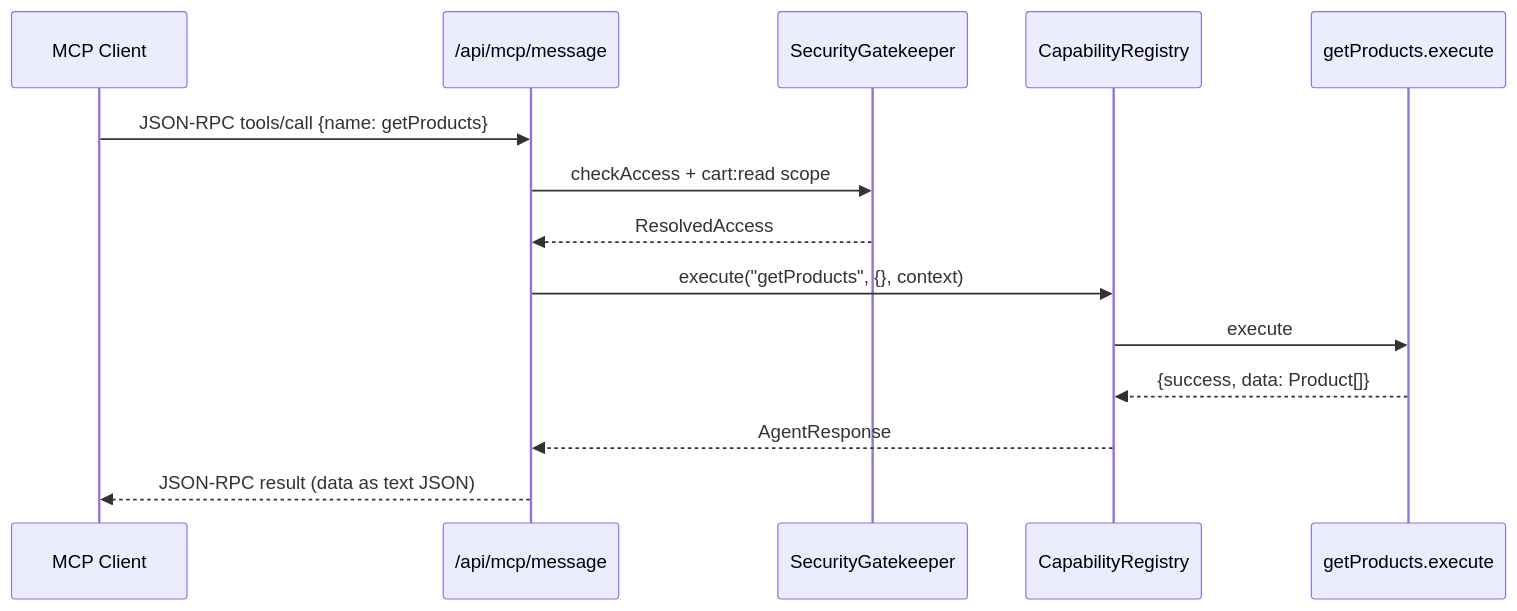
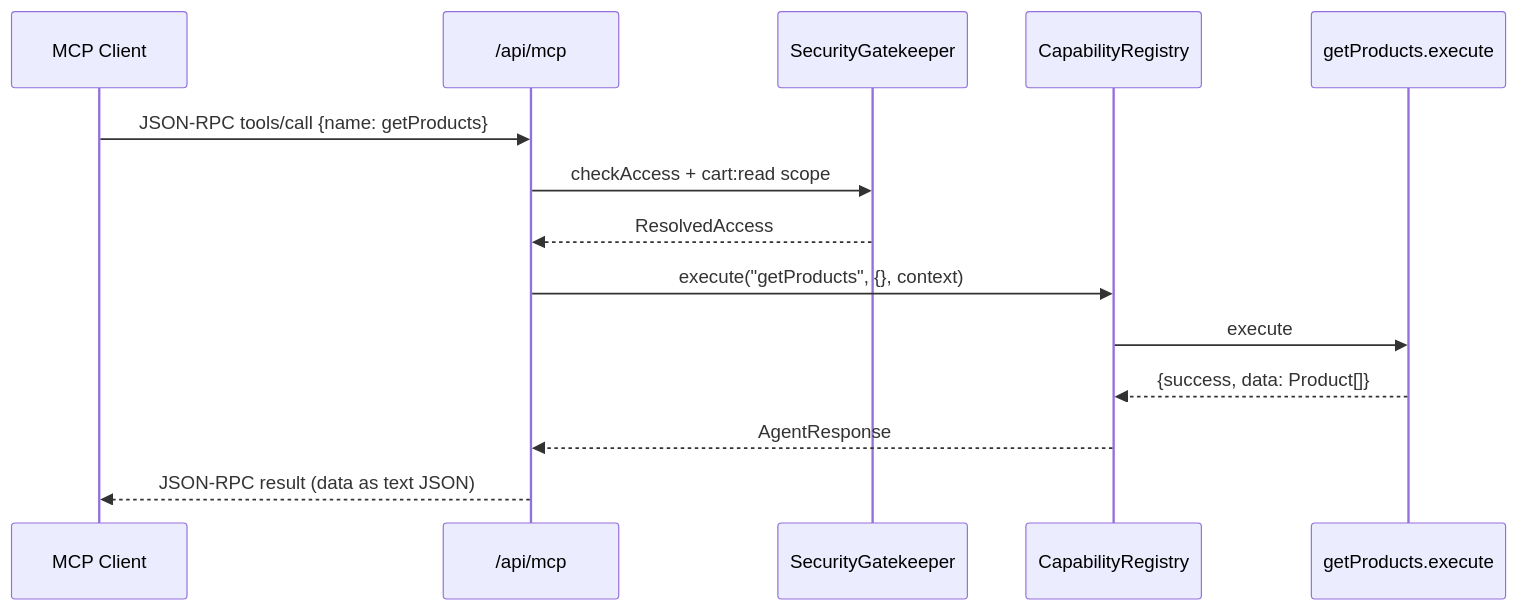
One commit to Luke-official/lite-toon changed the second of 17 diagrams in docs/concepts/capability-flows.md. Above: the diagram before and after it, drawn with Mermaid. The commit also changed other lines of this file and 55 other files, not shown here.

Commit message:
feat: implement new cart API endpoints and enhance demo app UI; remove legacy MCP message and SSE endpoints, update documentation, and improve user experience with clearer prompts and cart management features

````diff
--- a/docs/concepts/capability-flows.md
+++ b/docs/concepts/capability-flows.md
@@ -52,17 +50,17 @@
 ```mermaid
 sequenceDiagram
     participant Claude as MCP Client
-    participant Msg as /api/mcp/message
+    participant MCP as /api/mcp
     participant GK as SecurityGatekeeper
     participant Reg as CapabilityRegistry
     participant Cap as getProducts.execute
 
-    Claude->>Msg: JSON-RPC tools/call {name: getProducts}
-    Msg->>GK: checkAccess + cart:read scope
-    GK-->>Msg: ResolvedAccess
-    Msg->>Reg: execute("getProducts", {}, context)
+    Claude->>MCP: JSON-RPC tools/call {name: getProducts}
+    MCP->>GK: checkAccess + cart:read scope
+    GK-->>MCP: ResolvedAccess
+    MCP->>Reg: execute("getProducts", {}, context)
     Reg->>Cap: execute
     Cap-->>Reg: {success, data: Product[]}
-    Reg-->>Msg: AgentResponse
-    Msg-->>Claude: JSON-RPC result (data as text JSON)
+    Reg-->>MCP: AgentResponse
+    MCP-->>Claude: JSON-RPC result (data as text JSON)
 ```
````
